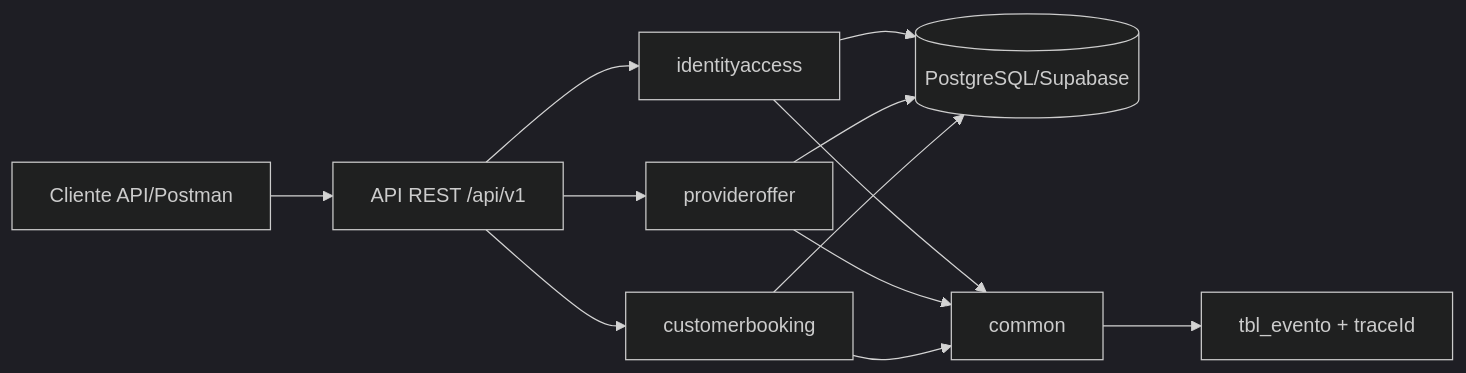
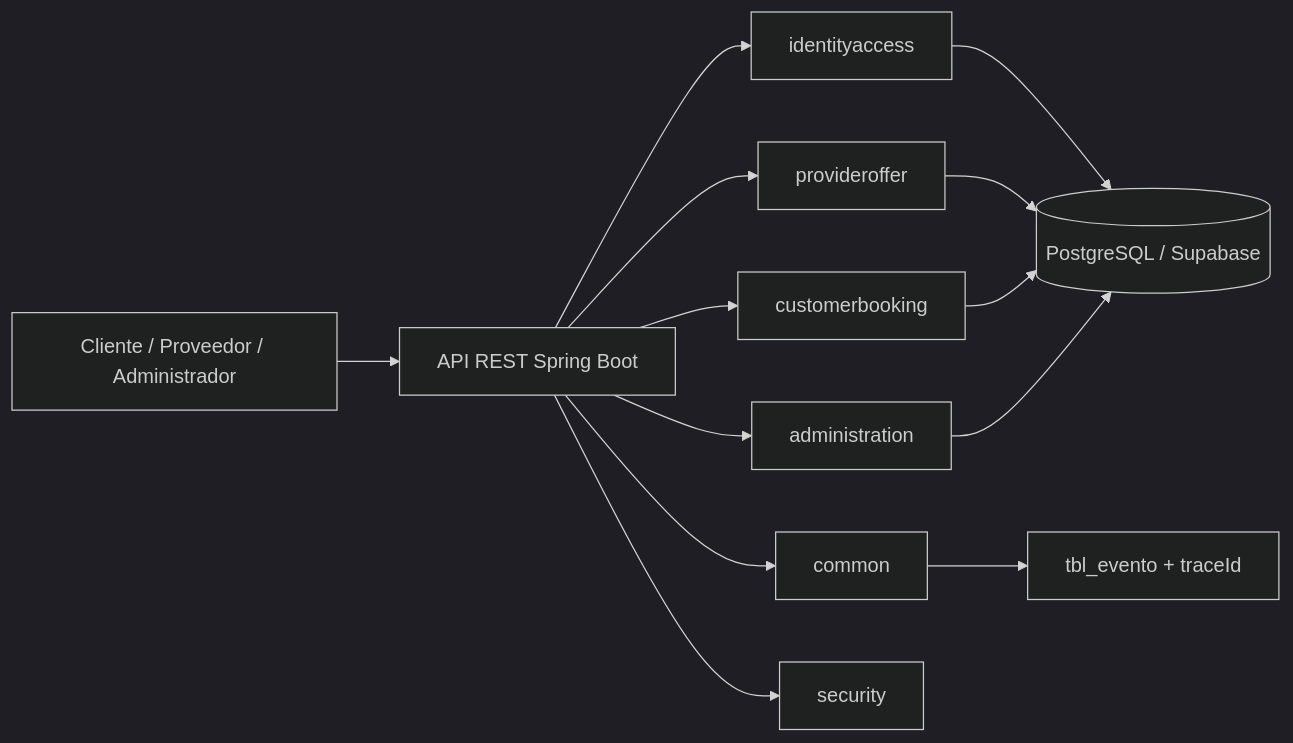
Before and after one commit to spalacioc05/EAP09-Caso15-ReservasServicios-2026-1: the second of 4 diagrams in README.md, drawn with Mermaid (dark theme). The commit also changed other lines of this file, not shown here.

````diff
--- a/README.md
+++ b/README.md
@@ -360,17 +180,15 @@
 ```mermaid
 flowchart LR
-        C[Cliente API/Postman] --> A[API REST /api/v1]
-        A --> IA[identityaccess]
-        A --> PO[provideroffer]
-        A --> CB[customerbooking]
-
-        IA --> DB[(PostgreSQL/Supabase)]
-        PO --> DB
-        CB --> DB
-
-        IA --> CM[common]
-        PO --> CM
-        CB --> CM
-
-        CM --> EV[tbl_evento + traceId]
+    Client[Cliente / Proveedor / Administrador] --> API[API REST Spring Boot]
+    API --> IA[identityaccess]
+    API --> PO[provideroffer]
+    API --> CB[customerbooking]
+    API --> AD[administration]
+    API --> CM[common]
+    API --> SE[security]
+    IA --> DB[(PostgreSQL / Supabase)]
+    PO --> DB
+    CB --> DB
+    AD --> DB
+    CM --> EV[tbl_evento + traceId]
 ```
````
